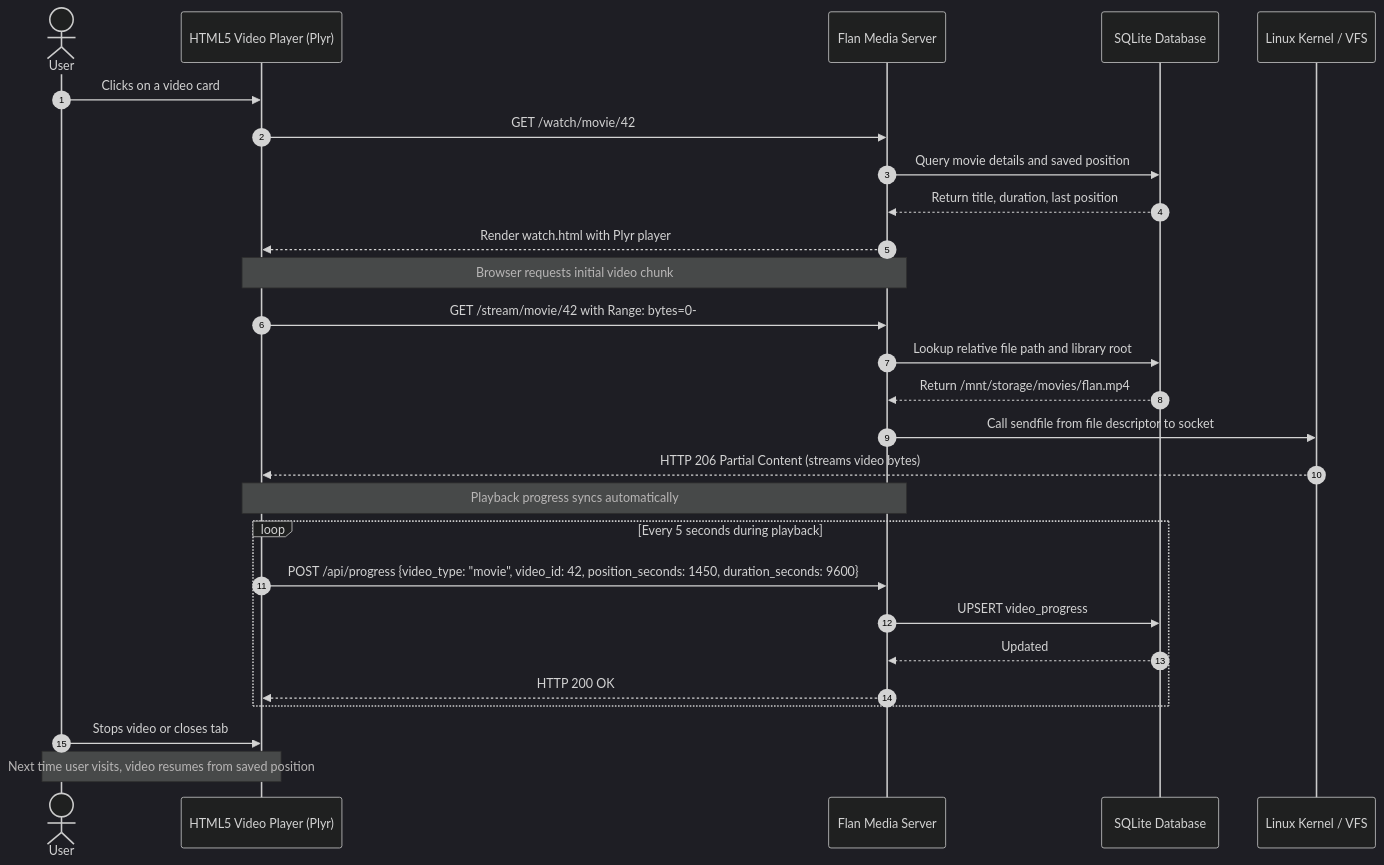
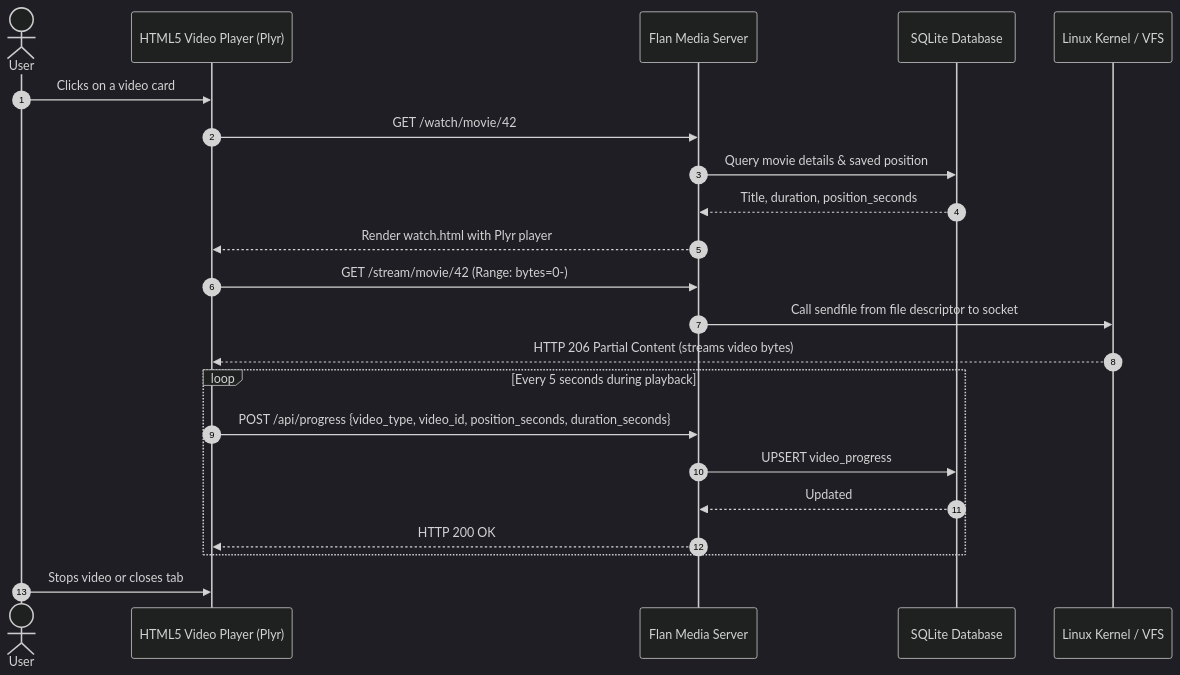
The third of 5 diagrams in docs/diagrams/user-flows.md (WesleyEsq/Flan-Media-Server), drawn with Mermaid (dark theme) before and after one commit. The commit also changed other lines of this file and 14 other files, not shown here.

````diff
--- a/docs/diagrams/user-flows.md
+++ b/docs/diagrams/user-flows.md
@@ -78,33 +75,25 @@
 ```mermaid
 sequenceDiagram
     autonumber
     actor User
     participant Browser as HTML5 Video Player (Plyr)
     participant Server as Flan Media Server
     participant DB as SQLite Database
     participant Kernel as Linux Kernel / VFS
 
     User->>Browser: Clicks on a video card
     Browser->>Server: GET /watch/movie/42
-    Server->>DB: Query movie details and saved position
-    DB-->>Server: Return title, duration, last position
+    Server->>DB: Query movie details & saved position
+    DB-->>Server: Title, duration, position_seconds
     Server-->>Browser: Render watch.html with Plyr player
-
-    Note over Browser,Server: Browser requests initial video chunk
-    Browser->>Server: GET /stream/movie/42 with Range: bytes=0-
-    Server->>DB: Lookup relative file path and library root
-    DB-->>Server: Return /mnt/storage/movies/flan.mp4
+    Browser->>Server: GET /stream/movie/42 (Range: bytes=0-)
     Server->>Kernel: Call sendfile from file descriptor to socket
     Kernel-->>Browser: HTTP 206 Partial Content (streams video bytes)
-
-    Note over Browser,Server: Playback progress syncs automatically
     loop Every 5 seconds during playback
-        Browser->>Server: POST /api/progress {video_type: "movie", video_id: 42, position_seconds: 1450, duration_seconds: 9600}
+        Browser->>Server: POST /api/progress {video_type, video_id, position_seconds, duration_seconds}
         Server->>DB: UPSERT video_progress
         DB-->>Server: Updated
         Server-->>Browser: HTTP 200 OK
     end
-
     User->>Browser: Stops video or closes tab
-    Note over User,Browser: Next time user visits, video resumes from saved position
 ```
````
